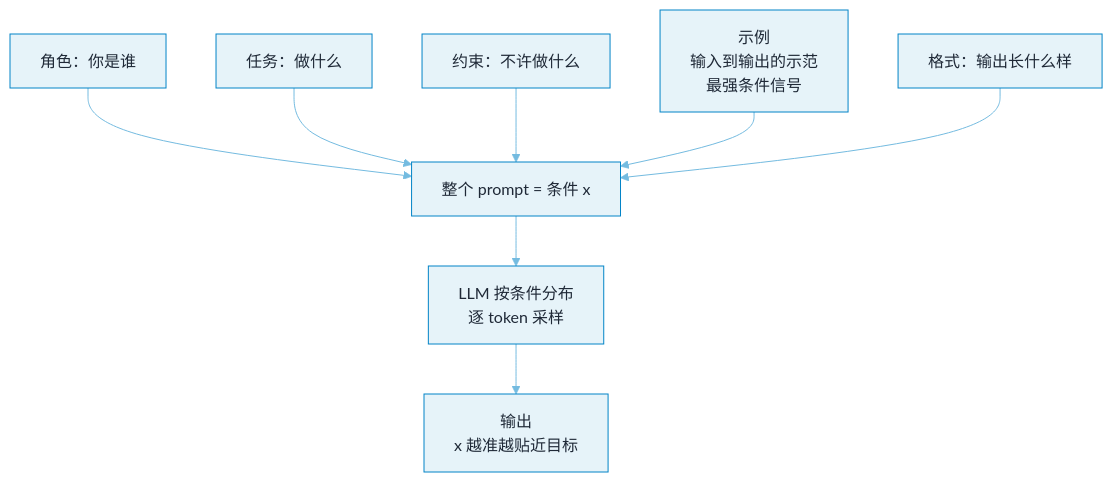
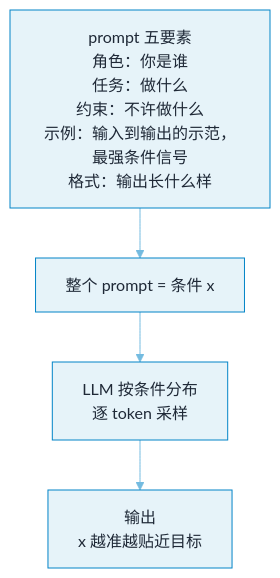
The diagram in docs/04-prompt-reasoning/prompt-engineering.md (funny8kids/ai-agent-handbook), drawn with Mermaid before and after one commit. The commit also changed 5 other files, not shown here.

First line of the commit message:
第 110 轮：方向关键字用尽后按张重排 Mermaid 内容，768 列标签 <12px 从 13 张降到 10 张

````diff
--- a/docs/04-prompt-reasoning/prompt-engineering.md
+++ b/docs/04-prompt-reasoning/prompt-engineering.md
@@ -62,11 +62,7 @@
 ```mermaid
 %%{init: {"theme":"base","themeVariables":{"primaryColor":"#E6F3F9","primaryBorderColor":"#0284C7","primaryTextColor":"#1F2937","secondaryColor":"#C7E4F3","tertiaryColor":"#F5FAFD","lineColor":"#74BBE0","actorBkg":"#EBF5FB","actorBorder":"#0284C7","actorTextColor":"#1F2937","signalColor":"#4EA9D8","noteBkgColor":"#D1E9F5","noteBorderColor":"#0284C7","noteTextColor":"#1F2937","labelBoxBkgColor":"#E6F3F9","labelBoxBorderColor":"#0284C7"}}}%%
-flowchart TD
-    R["角色：你是谁"] --> X["整个 prompt = 条件 x"]
-    T["任务：做什么"] --> X
-    C["约束：不许做什么"] --> X
-    E["示例<br/>输入到输出的示范<br/>最强条件信号"] --> X
-    F["格式：输出长什么样"] --> X
-    X --> M["LLM 按条件分布<br/>逐 token 采样"]
-    M --> O["输出<br/>x 越准越贴近目标"]
+flowchart TB
+  P["prompt 五要素<br/>角色：你是谁<br/>任务：做什么<br/>约束：不许做什么<br/>示例：输入到输出的示范，最强条件信号<br/>格式：输出长什么样"] --> X["整个 prompt = 条件 x"]
+  X --> M["LLM 按条件分布<br/>逐 token 采样"]
+  M --> O["输出<br/>x 越准越贴近目标"]
 ```
````
